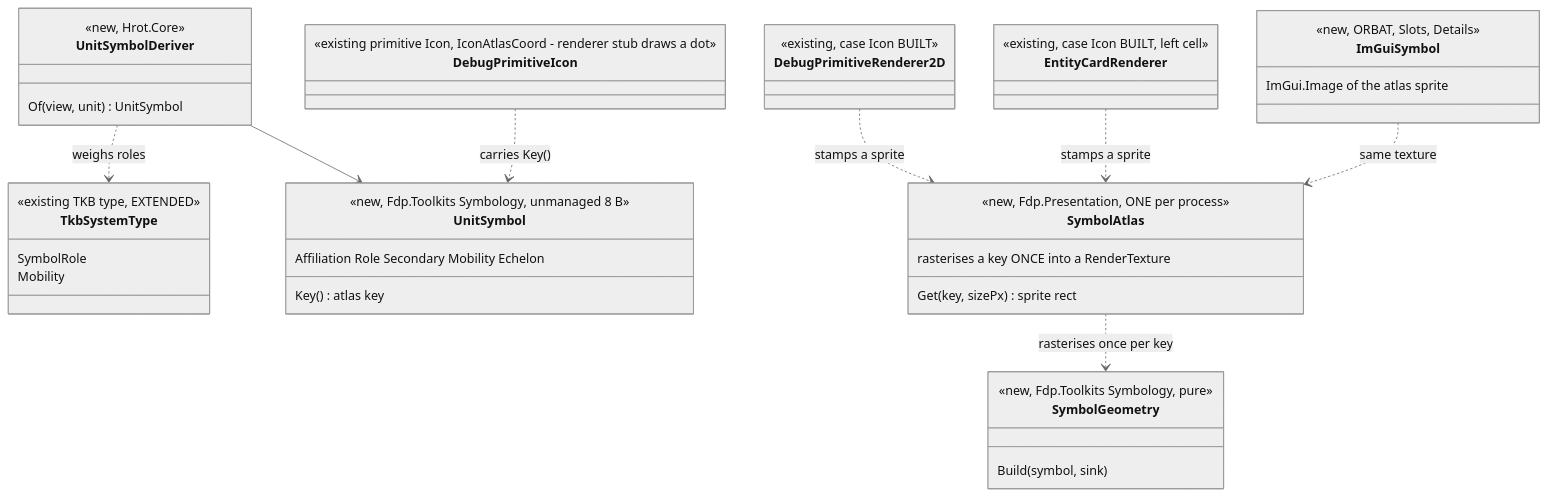
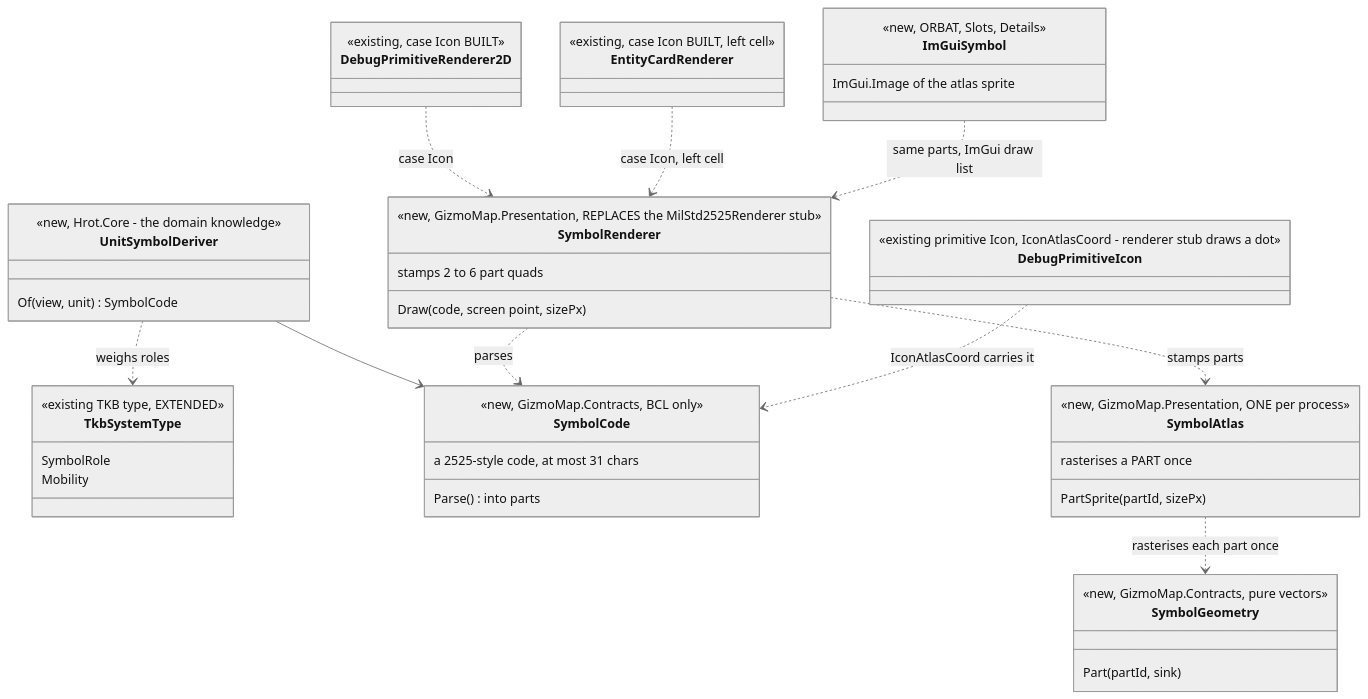
One commit to pjanec/HROT changed the fourth of 4 diagrams in docs/designs/aggregate-units/DESIGN_Stochastic_Unit_UI.md. Above: the diagram before and after it, drawn with Mermaid (neutral theme). The commit also changed other lines of this file, not shown here.

Commit message:
exp/agg-ui: design - NATO symbols in the gizmo renderer, cached as parts (UI-12 S-5, S-6)
User: the symbol is composable, so cache what can be cached; the gizmo renderer
draws it, not map code. Section 6 revised: SymbolCode + part geometry in
GizmoMap.Contracts (BCL only, shared with the IG), atlas + SymbolRenderer in
GizmoMap.Presentation replacing the MilStd2525Renderer stub and called from
the existing Icon case of both gizmo renderers; the atlas caches PARTS and a
symbol is 2-6 stamped quads, so any combination needs nothing new rasterised.
HROT only derives the code.

Claude-Session: https://claude.ai/code/session_01HAuqWX1KLHp9J32jXmdZuw

````diff
--- a/docs/designs/aggregate-units/DESIGN_Stochastic_Unit_UI.md
+++ b/docs/designs/aggregate-units/DESIGN_Stochastic_Unit_UI.md
@@ -157,46 +157,53 @@
 ```mermaid
 classDiagram
   class TkbSystemType {
     <<existing TKB type, EXTENDED>>
     SymbolRole
     Mobility
   }
-  class UnitSymbol {
-    <<new, Fdp.Toolkits Symbology, unmanaged 8 B>>
-    Affiliation Role Secondary Mobility Echelon
-    Key() atlas key
+  class SymbolCode {
+    <<new, GizmoMap.Contracts, BCL only>>
+    a 2525-style code, at most 31 chars
+    Parse() into parts
   }
   class UnitSymbolDeriver {
-    <<new, Hrot.Core>>
-    Of(view, unit) UnitSymbol
+    <<new, Hrot.Core - the domain knowledge>>
+    Of(view, unit) SymbolCode
   }
   class SymbolGeometry {
-    <<new, Fdp.Toolkits Symbology, pure>>
-    Build(symbol, sink)
+    <<new, GizmoMap.Contracts, pure vectors>>
+    Part(partId, sink)
   }
   class SymbolAtlas {
-    <<new, Fdp.Presentation, ONE per process>>
-    Get(key, sizePx) sprite rect
-    rasterises a key ONCE into a RenderTexture
+    <<new, GizmoMap.Presentation, ONE per process>>
+    PartSprite(partId, sizePx)
+    rasterises a PART once
+  }
+  class SymbolRenderer {
+    <<new, GizmoMap.Presentation, REPLACES the MilStd2525Renderer stub>>
+    Draw(code, screen point, sizePx)
+    stamps 2 to 6 part quads
   }
   class DebugPrimitiveIcon {
     <<existing primitive Icon, IconAtlasCoord - renderer stub draws a dot>>
   }
   class DebugPrimitiveRenderer2D {
     <<existing, case Icon BUILT>>
   }
   class EntityCardRenderer {
     <<existing, case Icon BUILT, left cell>>
   }
   class ImGuiSymbol {
     <<new, ORBAT, Slots, Details>>
     ImGui.Image of the atlas sprite
   }
   UnitSymbolDeriver ..> TkbSystemType : weighs roles
-  UnitSymbolDeriver --> UnitSymbol
-  SymbolAtlas ..> SymbolGeometry : rasterises once per key
-  DebugPrimitiveRenderer2D ..> SymbolAtlas : stamps a sprite
-  EntityCardRenderer ..> SymbolAtlas : stamps a sprite
-  ImGuiSymbol ..> SymbolAtlas : same texture
-  DebugPrimitiveIcon ..> UnitSymbol : carries Key()
+  UnitSymbolDeriver --> SymbolCode
+  SymbolAtlas ..> SymbolGeometry : rasterises each part once
+  SymbolRenderer ..> SymbolCode : parses
+  SymbolRenderer ..> SymbolAtlas : stamps parts
+  DebugPrimitiveRenderer2D ..> SymbolRenderer : case Icon
+  EntityCardRenderer ..> SymbolRenderer : case Icon, left cell
+  ImGuiSymbol ..> SymbolRenderer : same parts, ImGui draw list
+  DebugPrimitiveIcon ..> SymbolCode : IconAtlasCoord carries it
 ```
````
